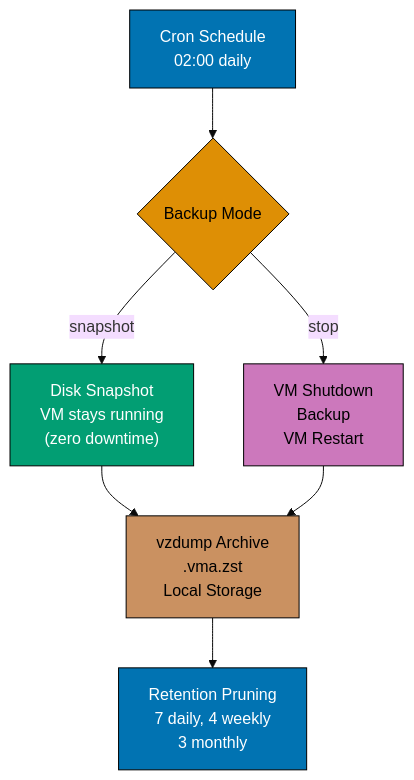
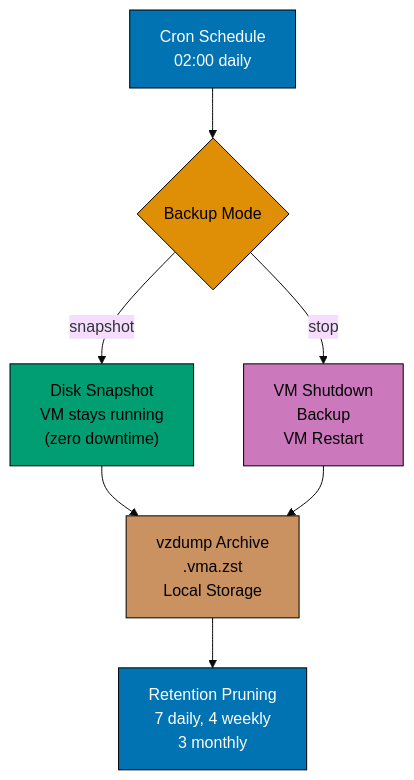
One commit to wahidyankf/ose-public changed the eighth of 9 diagrams in apps/ayokoding-www/content/en/learn/legacy/software-engineering/infrastructure/tools/proxmox/by-example/beginner.md. Above: the diagram before and after it, drawn with Mermaid (base theme). The commit also changed other lines of this file and 131 other files, not shown here.

First line of the commit message:
fix(mermaid): bring the legacy data, infrastructure, and testing diagrams onto the accessible palette

````diff
--- a/apps/ayokoding-www/content/en/learn/legacy/software-engineering/infrastructure/tools/proxmox/by-example/beginner.md
+++ b/apps/ayokoding-www/content/en/learn/legacy/software-engineering/infrastructure/tools/proxmox/by-example/beginner.md
@@ -1154,17 +1201,25 @@
 ```mermaid
 %% Color Palette: Blue #0173B2, Orange #DE8F05, Teal #029E73, Purple #CC78BC, Brown #CA9161
 graph TD
+    accTitle: Example 24: Schedule Automated Backups
+    accDescr: Graph with 6 nodes and 6 connections. Nodes: Cron Schedule 02:00 daily, Backup Mode, Disk Snapshot VM stays running (zero downtime), VM Shutdown Backup VM Restart, vzdump Archive .vma.zst Local Storage, Retention Pruning 7 daily, 4 weekly 3 monthly. Connections: Cron Schedule 02:00 daily to Backup Mode, Backup Mode to Disk Snapshot VM stays running (zero downtime) (snapshot), Backup Mode to VM Shutdown Backup VM Restart (stop), Disk Snapshot VM stays running (zero downtime) to vzdump Archive .vma.zst Local Storage, VM Shutdown Backup VM Restart to vzdump Archive .vma.zst Local Storage, vzdump Archive .vma.zst Local Storage to Retention Pruning 7 daily, 4 weekly 3 monthly.
     A["Cron Schedule<br/>02:00 daily"] --> B{"Backup Mode"}
     B -->|snapshot| C["Disk Snapshot<br/>VM stays running<br/>(zero downtime)"]
     B -->|stop| D["VM Shutdown<br/>Backup<br/>VM Restart"]
     C --> E["vzdump Archive<br/>.vma.zst<br/>Local Storage"]
     D --> E
     E --> F["Retention Pruning<br/>7 daily, 4 weekly<br/>3 monthly"]
 
-    style A fill:#0173B2,color:#fff,stroke:#000
-    style B fill:#DE8F05,color:#000,stroke:#000
-    style C fill:#029E73,color:#fff,stroke:#000
-    style D fill:#CC78BC,color:#000,stroke:#000
-    style E fill:#CA9161,color:#000,stroke:#000
-    style F fill:#0173B2,color:#fff,stroke:#000
+    classDef pal-0173B2 fill:#0173B2,stroke:#000000,color:#FFFFFF
+    class A pal-0173B2
+    classDef pal-DE8F05 fill:#DE8F05,stroke:#000000,color:#000000
+    class B pal-DE8F05
+    classDef pal-029E73 fill:#029E73,stroke:#000000,color:#000000
+    class C pal-029E73
+    classDef pal-CC78BC fill:#CC78BC,stroke:#000000,color:#000000
+    class D pal-CC78BC
+    classDef pal-CA9161 fill:#CA9161,stroke:#000000,color:#000000
+    class E pal-CA9161
+    class F pal-0173B2
+    classDef default fill:#FFFFFF,stroke:#000000,color:#000000
 ```
````
